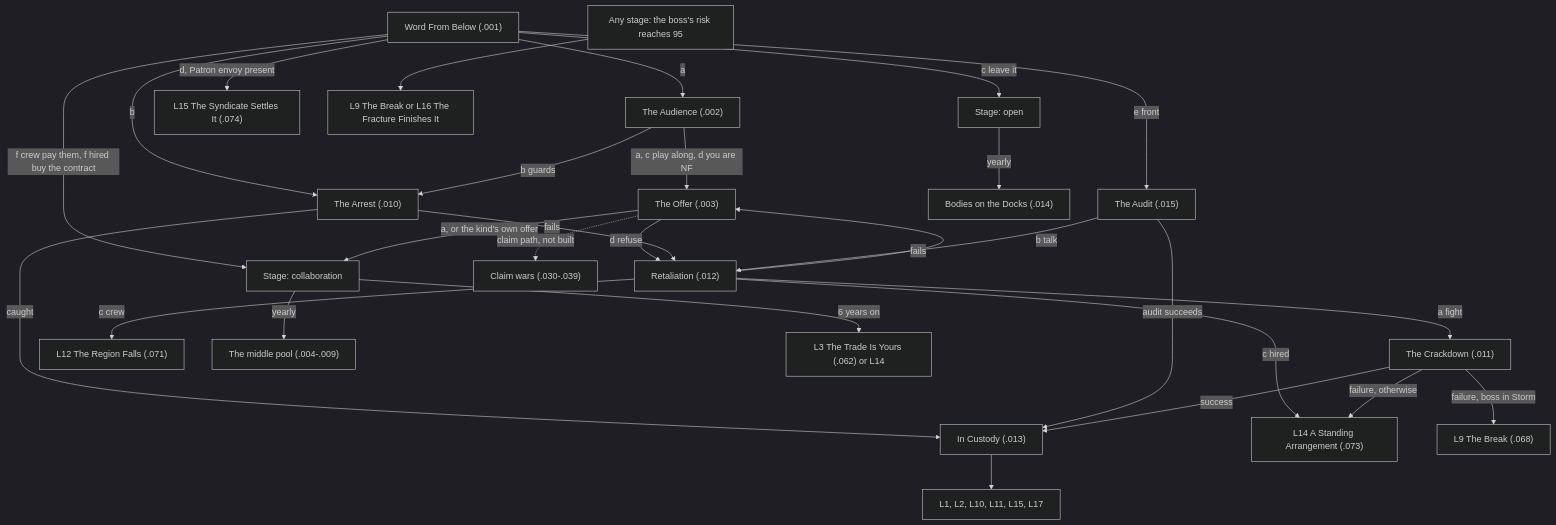
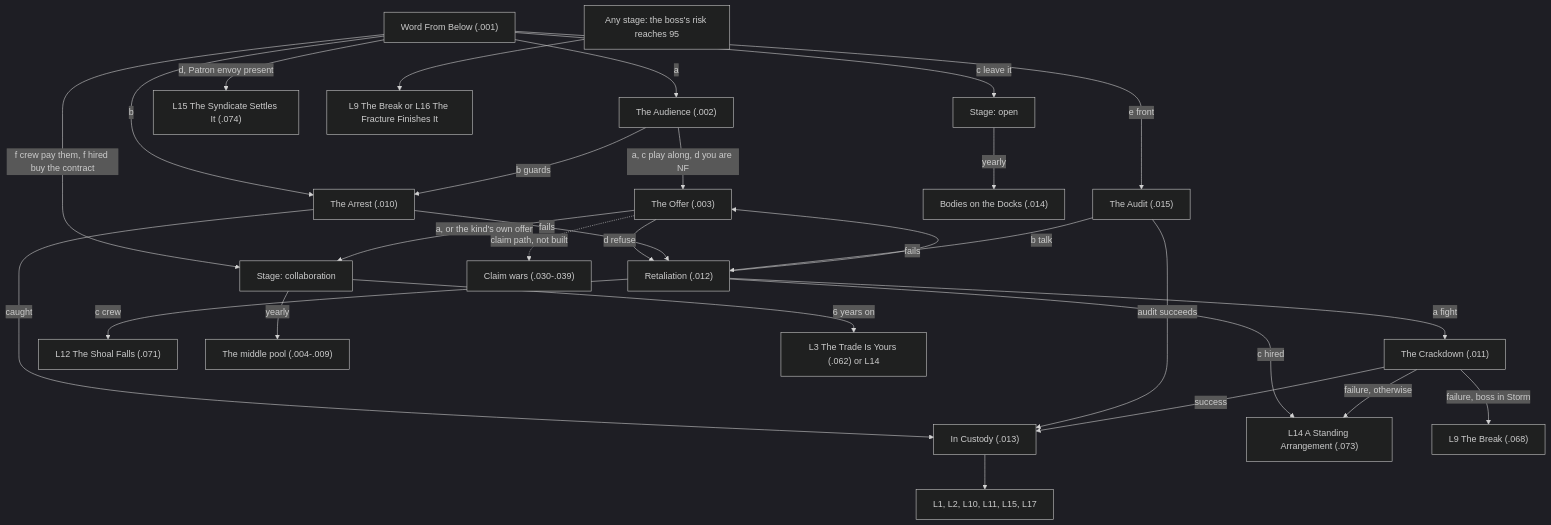
The third of 4 diagrams in docs/specs/story_chains_overview.md (eotgck3-png/ck3.echoes.of.the.grip), drawn with Mermaid (dark theme) before and after one commit. The commit also changed other lines of this file and 9 other files, not shown here.

Commit message:
Docs: county term Region -> Shoal in Frontier/Unclaimed/kingpin/integration specs and the in-game test plan (historical and vanilla text kept)

````diff
--- a/docs/specs/story_chains_overview.md
+++ b/docs/specs/story_chains_overview.md
@@ -181,30 +183,30 @@
 ```mermaid
 flowchart TD
     W["Word From Below (.001)"] -->|a| AU["The Audience (.002)"]
     W -->|b| AR["The Arrest (.010)"]
     W -->|c leave it| OPEN["Stage: open"]
     W -->|d, Patron envoy present| L15["L15 The Syndicate Settles It (.074)"]
     W -->|e front| AUD["The Audit (.015)"]
     W -->|f crew pay them, f hired buy the contract| COLLAB["Stage: collaboration"]
     AU -->|a, c play along, d you are NF| OF["The Offer (.003)"]
     AU -->|b guards| AR
     OF -->|a, or the kind's own offer| COLLAB
     OF -->|d refuse| RET["Retaliation (.012)"]
     OF -.->|claim path, not built| WAR["Claim wars (.030-.039)"]
     AR -->|caught| CUS["In Custody (.013)"]
     AR -->|fails| RET
     AUD -->|audit succeeds| CUS
     AUD -->|fails| RET
     RET -->|a fight| CR["The Crackdown (.011)"]
     RET -->|b talk| OF
-    RET -->|c crew| L12["L12 The Region Falls (.071)"]
+    RET -->|c crew| L12["L12 The Shoal Falls (.071)"]
     RET -->|c hired| L14["L14 A Standing Arrangement (.073)"]
     CR -->|success| CUS
     CR -->|failure, boss in Storm| L9["L9 The Break (.068)"]
     CR -->|failure, otherwise| L14
     CUS --> LEAVES["L1, L2, L10, L11, L15, L17"]
     OPEN -->|yearly| DOCKS["Bodies on the Docks (.014)"]
     COLLAB -->|yearly| POOL["The middle pool (.004-.009)"]
     COLLAB -->|6 years on| LONG["L3 The Trade Is Yours (.062) or L14"]
     ANY["Any stage: the boss's risk reaches 95"] --> TERM["L9 The Break or L16 The Fracture Finishes It"]
 ```
````
